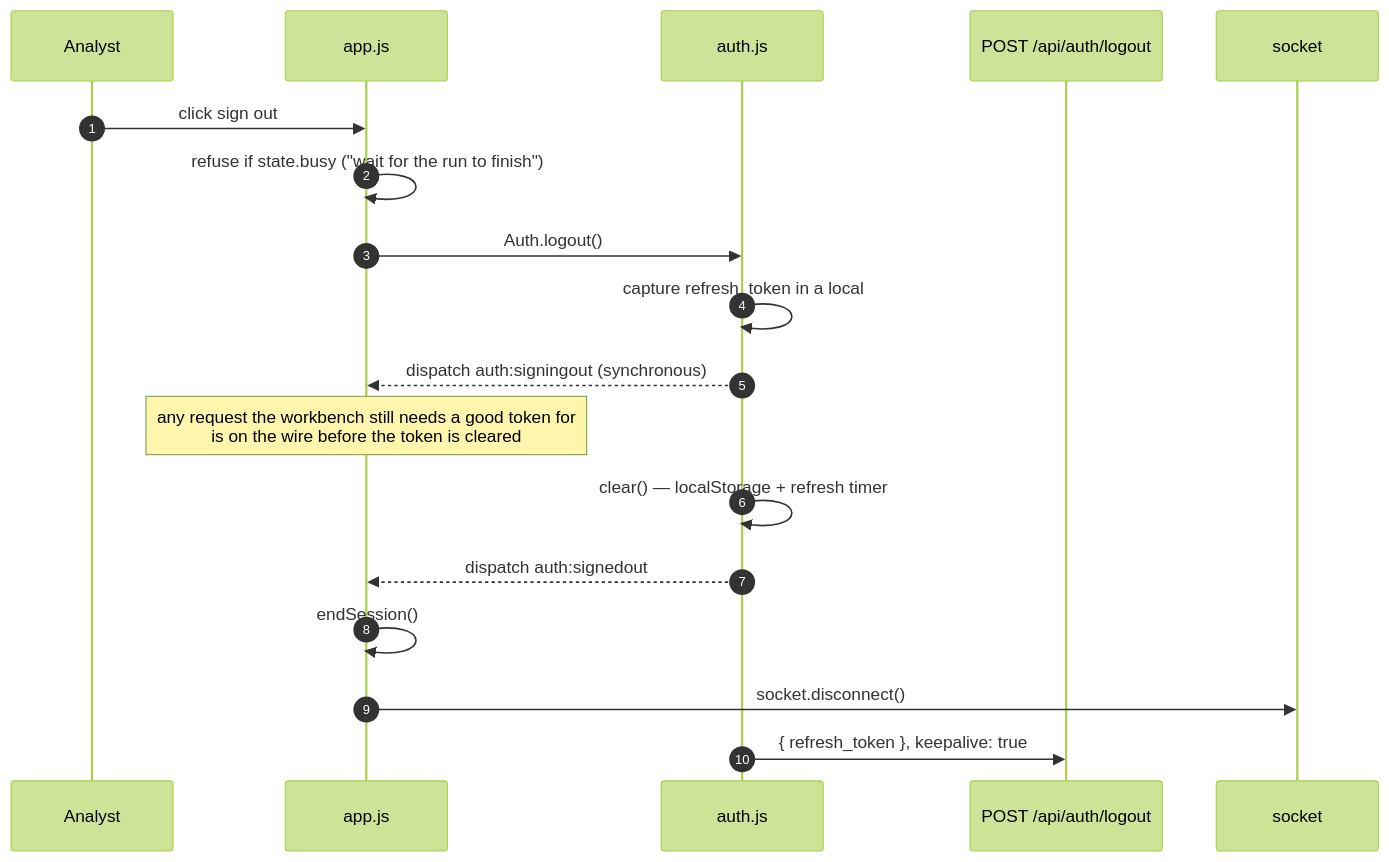
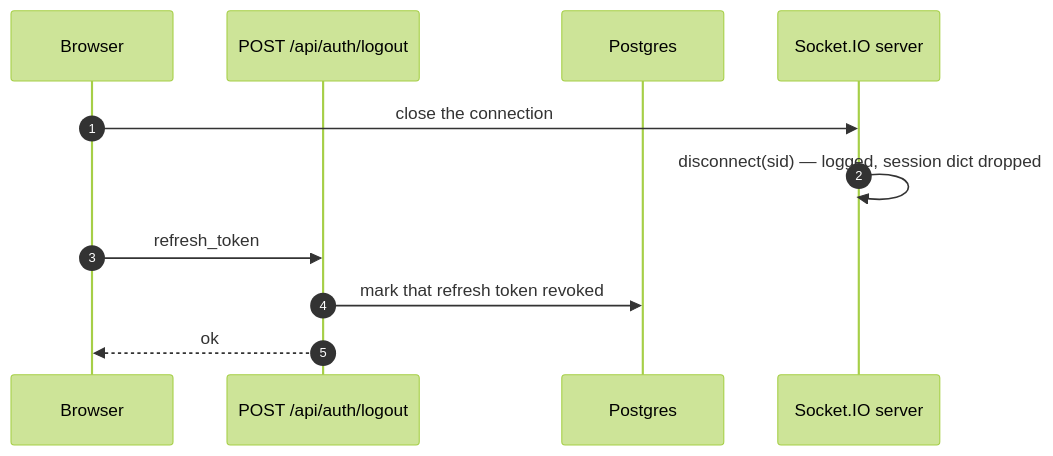
Diagram 17 of 20 in docs/FRONTEND-SOCKETIO.md (selvakumarperumal/Corporate_Filing_Analyzer_Agent), drawn with Mermaid (forest theme) before and after one commit. The commit also changed other lines of this file and 3 other files, not shown here.

````diff
--- a/docs/FRONTEND-SOCKETIO.md
+++ b/docs/FRONTEND-SOCKETIO.md
@@ -1019,21 +1105,14 @@
 ```mermaid
 sequenceDiagram
   autonumber
-  participant U as Analyst
-  participant App as app.js
-  participant A as auth.js
+  participant B as Browser
   participant API as POST /api/auth/logout
-  participant S as socket
+  participant DB as Postgres
+  participant SIO as Socket.IO server
 
-  U->>App: click sign out
-  App->>App: refuse if state.busy ("wait for the run to finish")
-  App->>A: Auth.logout()
-  A->>A: capture refresh_token in a local
-  A-->>App: dispatch auth:signingout  (synchronous)
-  Note over App: any request the workbench still needs a good token for<br/>is on the wire before the token is cleared
-  A->>A: clear() — localStorage + refresh timer
-  A-->>App: dispatch auth:signedout
-  App->>App: endSession()
-  App->>S: socket.disconnect()
-  A->>API: { refresh_token }, keepalive: true
+  B->>SIO: close the connection
+  SIO->>SIO: disconnect(sid) — logged, session dict dropped
+  B->>API: refresh_token
+  API->>DB: mark that refresh token revoked
+  API-->>B: ok
 ```
````
